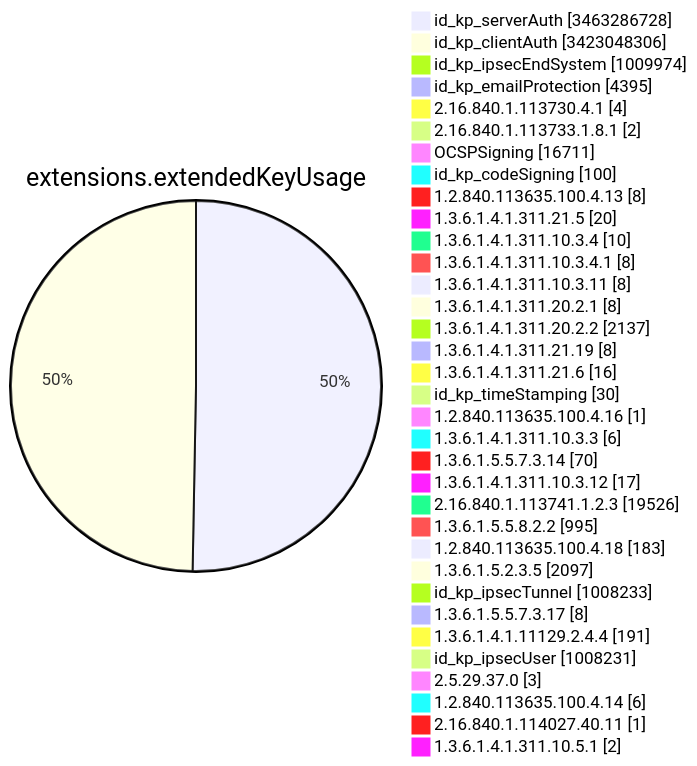
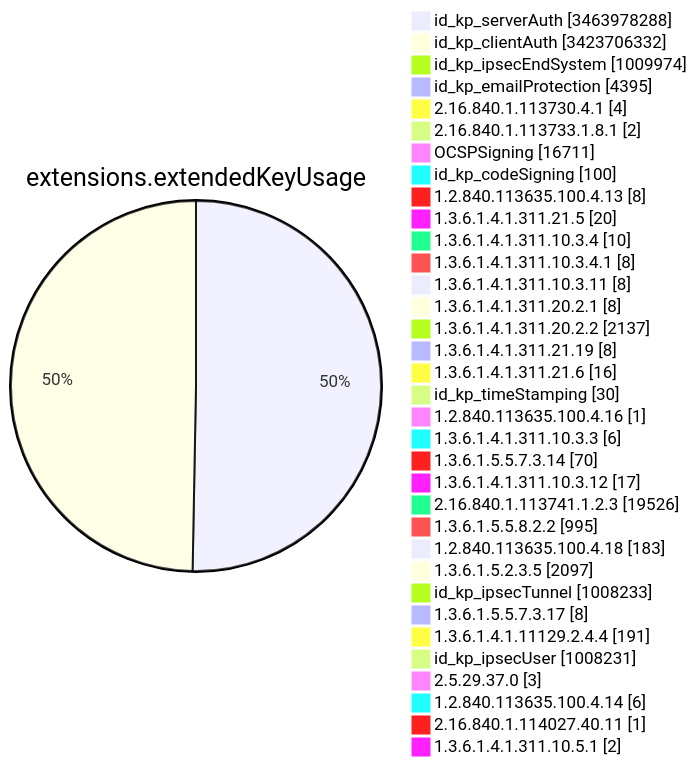
One commit to christiankrug/ctmonitor_visualization changed diagram 11 of 15 in TOTAL/README.md. Above: the diagram before and after it, drawn with Mermaid. The commit also changed other lines of this file, not shown here.

````diff
--- a/TOTAL/README.md
+++ b/TOTAL/README.md
@@ -4123,38 +4123,38 @@
 ```mermaid
 pie showData
 title extensions.extendedKeyUsage
-"id_kp_serverAuth" :3463286728
-"id_kp_clientAuth" :3423048306
+"id_kp_serverAuth" :3463978288
+"id_kp_clientAuth" :3423706332
 "id_kp_ipsecEndSystem" :1009974
 "id_kp_emailProtection" :4395
 "2.16.840.1.113730.4.1" :4
 "2.16.840.1.113733.1.8.1" :2
 "OCSPSigning" :16711
 "id_kp_codeSigning" :100
 "1.2.840.113635.100.4.13" :8
 "1.3.6.1.4.1.311.21.5" :20
 "1.3.6.1.4.1.311.10.3.4" :10
 "1.3.6.1.4.1.311.10.3.4.1" :8
 "1.3.6.1.4.1.311.10.3.11" :8
 "1.3.6.1.4.1.311.20.2.1" :8
 "1.3.6.1.4.1.311.20.2.2" :2137
 "1.3.6.1.4.1.311.21.19" :8
 "1.3.6.1.4.1.311.21.6" :16
 "id_kp_timeStamping" :30
 "1.2.840.113635.100.4.16" :1
 "1.3.6.1.4.1.311.10.3.3" :6
 "1.3.6.1.5.5.7.3.14" :70
 "1.3.6.1.4.1.311.10.3.12" :17
 "2.16.840.1.113741.1.2.3" :19526
 "1.3.6.1.5.5.8.2.2" :995
 "1.2.840.113635.100.4.18" :183
 "1.3.6.1.5.2.3.5" :2097
 "id_kp_ipsecTunnel" :1008233
 "1.3.6.1.5.5.7.3.17" :8
 "1.3.6.1.4.1.11129.2.4.4" :191
 "id_kp_ipsecUser" :1008231
 "2.5.29.37.0" :3
 "1.2.840.113635.100.4.14" :6
 "2.16.840.1.114027.40.11" :1
 "1.3.6.1.4.1.311.10.5.1" :2
 ```
````
